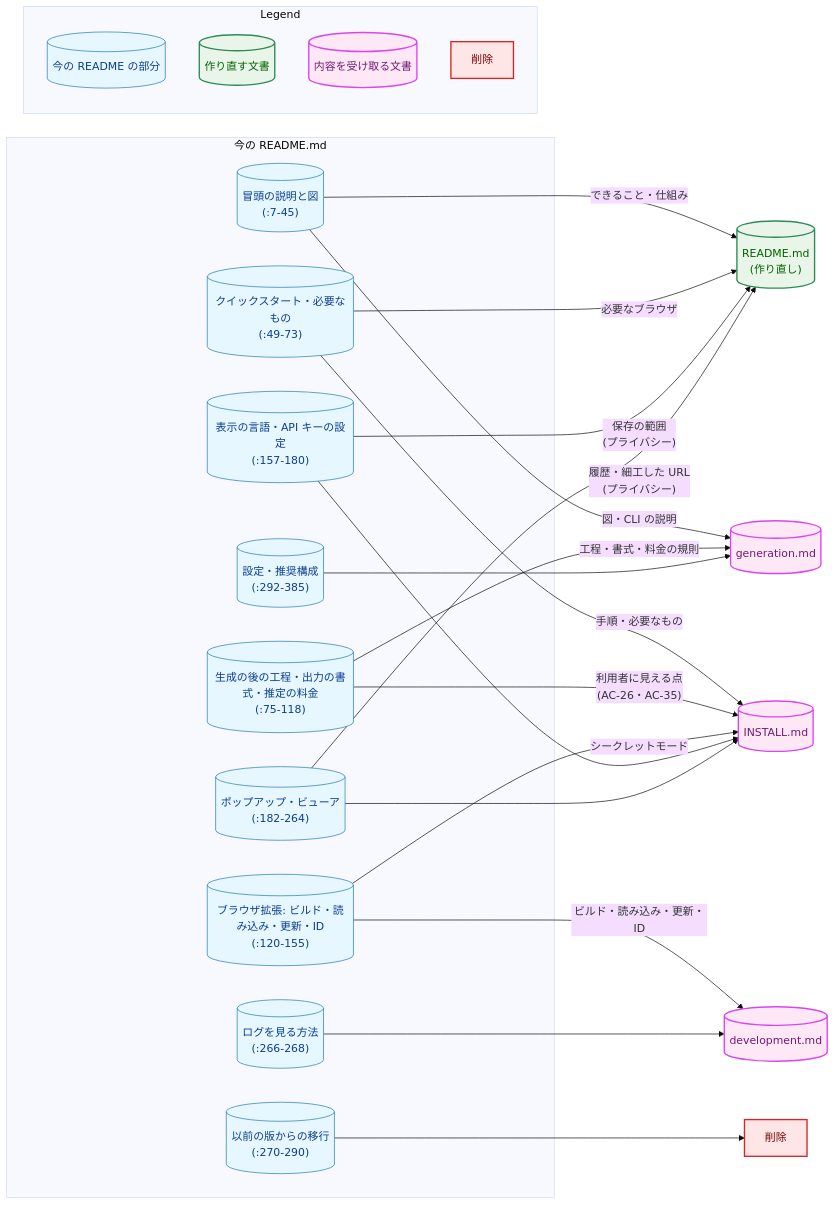
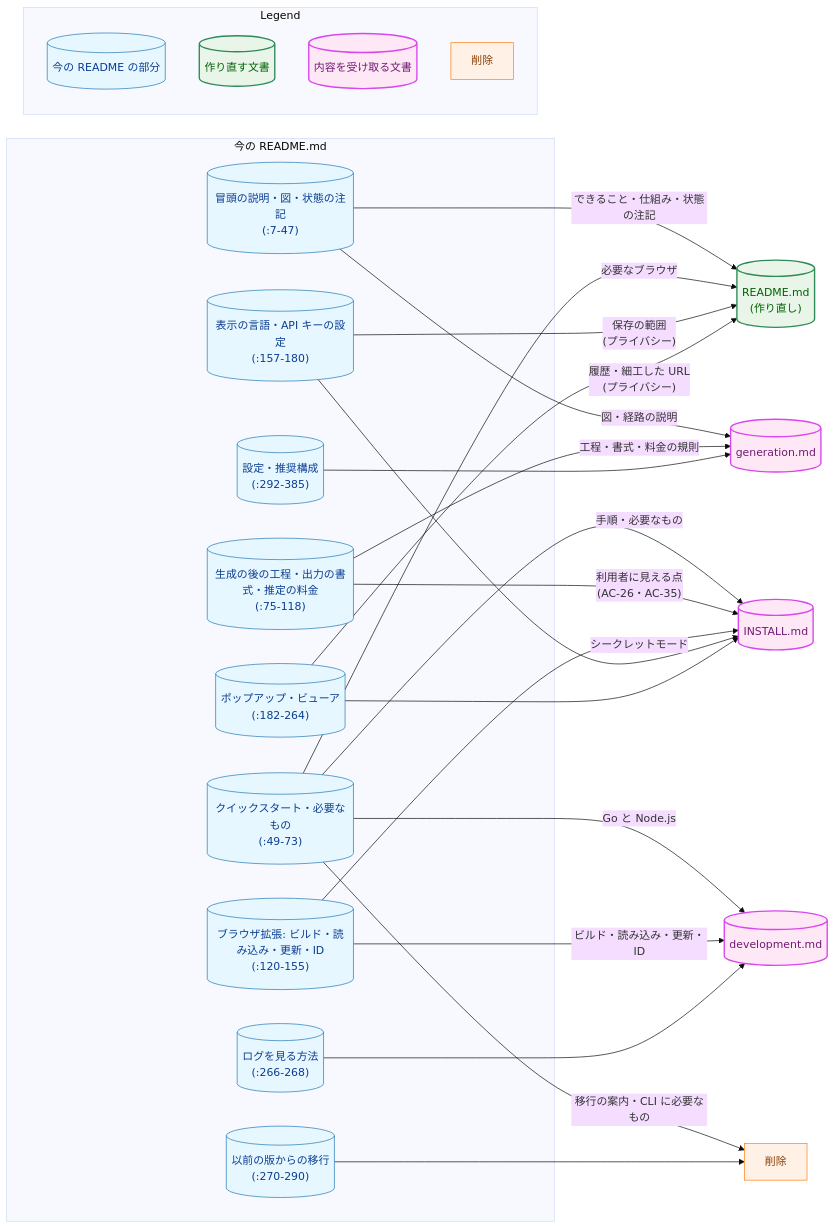
The third of 5 diagrams in docs/tasks/0116_user_readme/02_architecture.md (isseis/yt2column), drawn with Mermaid (base theme) before and after one commit. The commit also changed other lines of this file and 1 other file, not shown here.

````diff
--- a/docs/tasks/0116_user_readme/02_architecture.md
+++ b/docs/tasks/0116_user_readme/02_architecture.md
@@ -202,57 +206,59 @@
 ```mermaid
 flowchart LR
     classDef data fill:#e6f7ff,stroke:#1f77b4,stroke-width:1px,color:#0b3d91;
+    classDef process fill:#fff1e6,stroke:#ff7f0e,stroke-width:1px,color:#8a3e00;
     classDef enhanced fill:#e8f5e8,stroke:#2e8b57,stroke-width:2px,color:#006400;
     classDef newpkg fill:#ffe8f5,stroke:#d946ef,stroke-width:2px,color:#701a75;
-    classDef problem fill:#ffe6e6,stroke:#d62728,stroke-width:2px,color:#7b0000;
 
     subgraph Old["今の README.md"]
-        O1[("冒頭の説明と図<br>(:7-45)")]
+        O1[("冒頭の説明・図・状態の注記<br>(:7-47)")]
         O2[("クイックスタート・必要なもの<br>(:49-73)")]
         O3[("生成の後の工程・出力の書式・推定の料金<br>(:75-118)")]
         O4[("ブラウザ拡張: ビルド・読み込み・更新・ID<br>(:120-155)")]
         O5[("表示の言語・API キーの設定<br>(:157-180)")]
         O6[("ポップアップ・ビューア<br>(:182-264)")]
         O7[("ログを見る方法<br>(:266-268)")]
         O8[("以前の版からの移行<br>(:270-290)")]
         O9[("設定・推奨構成<br>(:292-385)")]
     end
 
     NR[("README.md<br>(作り直し)")]
     NI[("INSTALL.md")]
     NG[("generation.md")]
     ND[("development.md")]
     DEL["削除"]
 
-    O1 -->|"できること・仕組み"| NR
-    O1 -->|"図・CLI の説明"| NG
+    O1 -->|"できること・仕組み・状態の注記"| NR
+    O1 -->|"図・経路の説明"| NG
     O2 -->|"必要なブラウザ"| NR
     O2 -->|"手順・必要なもの"| NI
+    O2 -->|"Go と Node.js"| ND
+    O2 -->|"移行の案内・CLI に必要なもの"| DEL
     O3 -->|"工程・書式・料金の規則"| NG
     O3 -->|"利用者に見える点<br>(AC-26・AC-35)"| NI
     O4 -->|"ビルド・読み込み・更新・ID"| ND
     O4 -->|"シークレットモード"| NI
     O5 --> NI
     O5 -->|"保存の範囲<br>(プライバシー)"| NR
     O6 --> NI
     O6 -->|"履歴・細工した URL<br>(プライバシー)"| NR
     O7 --> ND
     O8 --> DEL
     O9 --> NG
 
     class O1,O2,O3,O4,O5,O6,O7,O8,O9 data
     class NR enhanced
     class NI,NG,ND newpkg
-    class DEL problem
+    class DEL process
 
     subgraph Legend["Legend"]
         L1[("今の README の部分")]
         L2[("作り直す文書")]
         L3[("内容を受け取る文書")]
         L4["削除"]
     end
     class L1 data
     class L2 enhanced
     class L3 newpkg
-    class L4 problem
+    class L4 process
 ```
````
